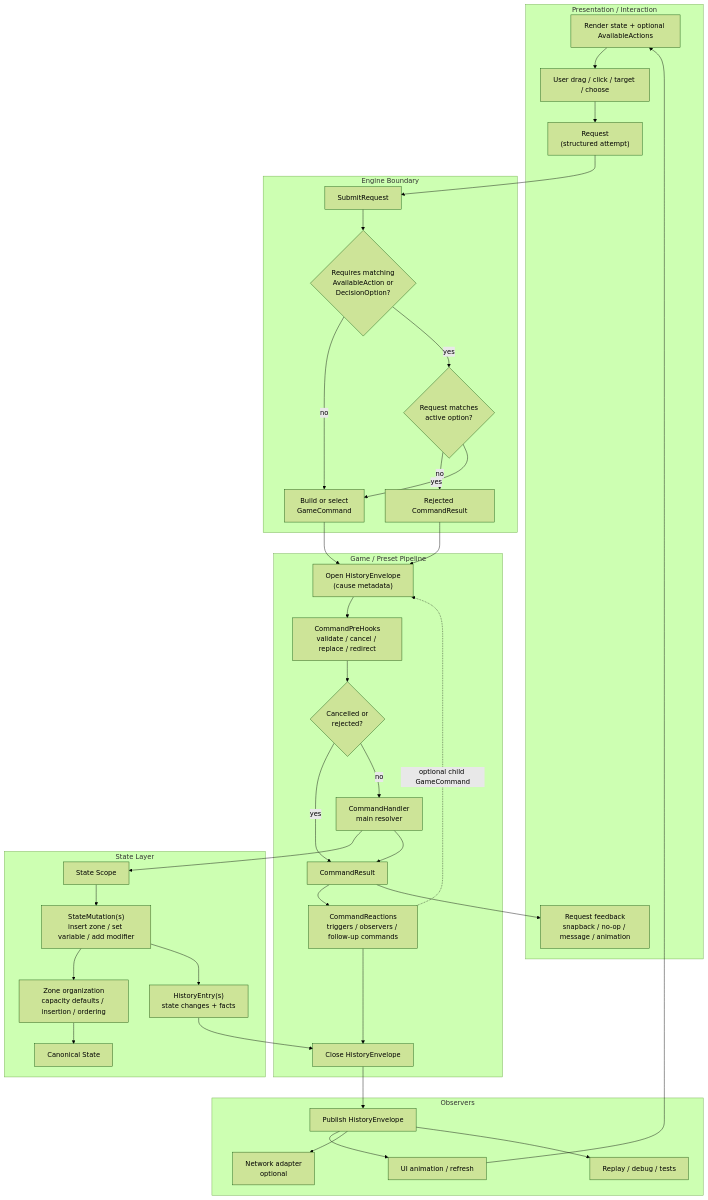
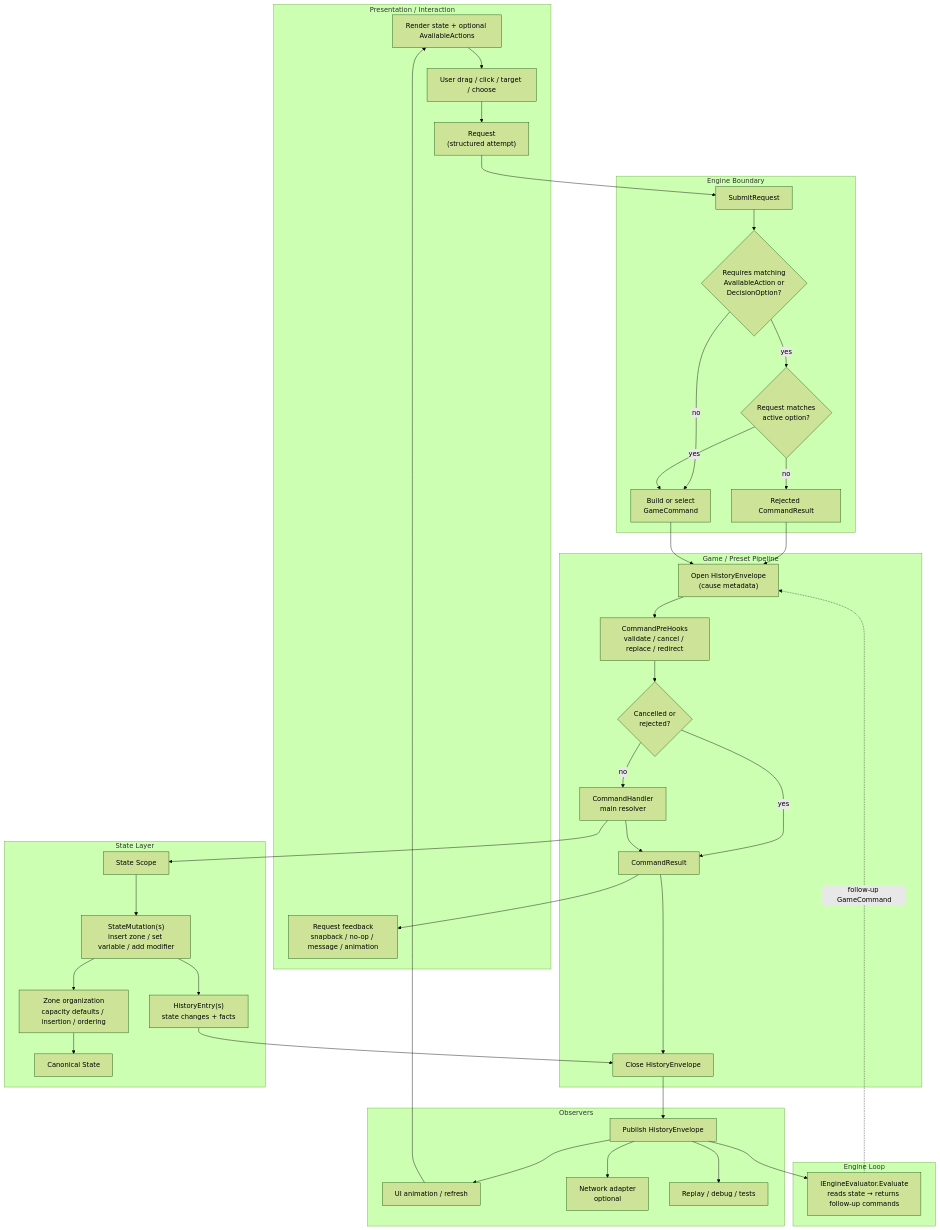
One commit to MgCohen/Card-Framework changed the second of 3 diagrams in RESEARCH/17-action-definition-proposal.md. Above: the diagram before and after it, drawn with Mermaid (forest theme). The commit also changed other lines of this file and 6 other files, not shown here.

````diff
--- a/RESEARCH/17-action-definition-proposal.md
+++ b/RESEARCH/17-action-definition-proposal.md
@@ -228,73 +228,76 @@
 ```mermaid
 flowchart TD
   subgraph UI["Presentation / Interaction"]
     ViewState["Render state + optional AvailableActions"]
     Input["User drag / click / target / choose"]
     Request["Request\n(structured attempt)"]
     UIResult["Request feedback\nsnapback / no-op / message / animation"]
   end
 
   subgraph Engine["Engine Boundary"]
     Entry["SubmitRequest"]
     OptionCheck{"Requires matching\nAvailableAction or\nDecisionOption?"}
     MatchCheck{"Request matches\nactive option?"}
     BuildCommand["Build or select\nGameCommand"]
     Reject["Rejected CommandResult"]
   end
 
   subgraph Pipeline["Game / Preset Pipeline"]
     OpenEnvelope["Open HistoryEnvelope\n(cause metadata)"]
     PreHooks["CommandPreHooks\nvalidate / cancel / replace / redirect"]
     PreDecision{"Cancelled or\nrejected?"}
     Handler["CommandHandler\nmain resolver"]
-    Reactions["CommandReactions\ntriggers / observers / follow-up commands"]
     Result["CommandResult"]
     CloseEnvelope["Close HistoryEnvelope"]
+  end
+
+  subgraph EvalLoop["Engine Loop"]
+    Evaluator["IEngineEvaluator.Evaluate\nreads state → returns follow-up commands"]
   end
 
   subgraph State["State Layer"]
     Scope["State Scope"]
     Mutations["StateMutation(s)\ninsert zone / set variable / add modifier"]
     ZoneOrg["Zone organization\ncapacity defaults / insertion / ordering"]
     Canonical["Canonical State"]
     Entries["HistoryEntry(s)\nstate changes + facts"]
   end
 
   subgraph Observers["Observers"]
     HistoryOut["Publish HistoryEnvelope"]
     UIConsume["UI animation / refresh"]
     Network["Network adapter\noptional"]
     Debug["Replay / debug / tests"]
   end
 
   ViewState --> Input
   Input --> Request
   Request --> Entry
   Entry --> OptionCheck
   OptionCheck -->|"no"| BuildCommand
   OptionCheck -->|"yes"| MatchCheck
   MatchCheck -->|"no"| Reject
   MatchCheck -->|"yes"| BuildCommand
   Reject --> OpenEnvelope
   BuildCommand --> OpenEnvelope
   OpenEnvelope --> PreHooks
   PreHooks --> PreDecision
   PreDecision -->|"yes"| Result
   PreDecision -->|"no"| Handler
   Handler --> Scope
   Scope --> Mutations
   Mutations --> ZoneOrg
   ZoneOrg --> Canonical
   Mutations --> Entries
   Entries --> CloseEnvelope
   Handler --> Result
-  Result --> Reactions
-  Reactions --> CloseEnvelope
-  Reactions -. "optional child GameCommand" .-> OpenEnvelope
+  Result --> CloseEnvelope
   CloseEnvelope --> HistoryOut
+  HistoryOut --> Evaluator
+  Evaluator -. "follow-up GameCommand" .-> OpenEnvelope
   HistoryOut --> UIConsume
   HistoryOut --> Network
   HistoryOut --> Debug
   Result --> UIResult
   UIConsume --> ViewState
 ```
````
